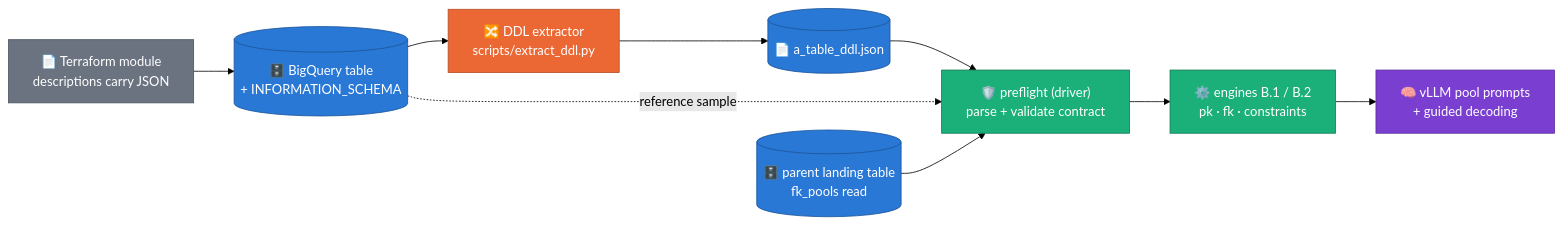
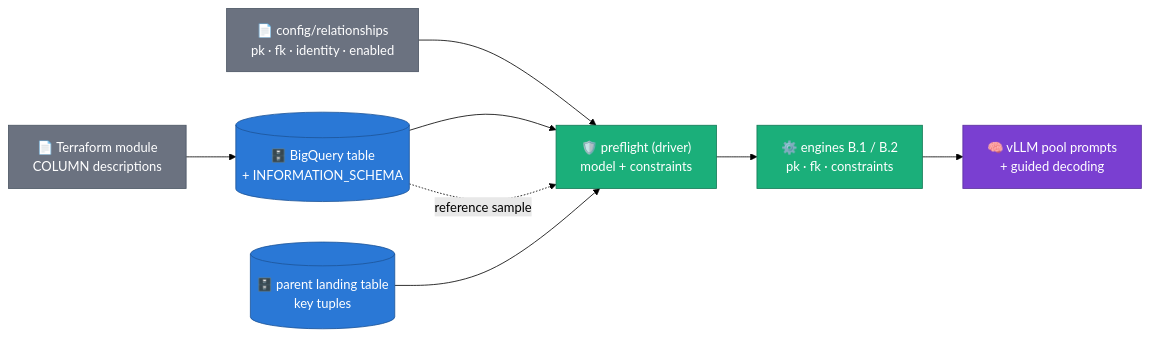
The first of 2 diagrams in docs/DDL_CONTRACT_GUIDE.md (albertols/synthetic-llm-dataflow-bigquery), drawn with Mermaid (forest theme) before and after one commit. The commit also changed other lines of this file and 55 other files, not shown here.

````diff
--- a/docs/DDL_CONTRACT_GUIDE.md
+++ b/docs/DDL_CONTRACT_GUIDE.md
@@ -33,21 +45,21 @@
 ```mermaid
 flowchart LR
     classDef beam  fill:#eb6834,color:#fff,stroke:#b44f26
     classDef cpu   fill:#1baf7a,color:#fff,stroke:#127a55
     classDef gpu   fill:#7a3fd1,color:#fff,stroke:#5a2f9d
     classDef store fill:#2a78d6,color:#fff,stroke:#1d5599
     classDef data  fill:#6b7280,color:#fff,stroke:#4b5563
 
-    TF["📄 Terraform module<br/>descriptions carry JSON"]:::data
+    REL["📄 config/relationships<br/>pk · fk · identity · enabled"]:::data
+    TF["📄 Terraform module<br/>COLUMN descriptions"]:::data
     BQ[("🗄️ BigQuery table<br/>+ INFORMATION_SCHEMA")]:::store
-    EX["🔀 DDL extractor<br/>scripts/extract_ddl.py"]:::beam
-    DDL[("📄 a_table_ddl.json")]:::store
-    PF["🛡️ preflight (driver)<br/>parse + validate contract"]:::cpu
-    FK[("🗄️ parent landing table<br/>fk_pools read")]:::store
+    PF["🛡️ preflight (driver)<br/>model + constraints"]:::cpu
+    FK[("🗄️ parent landing table<br/>key tuples")]:::store
     ENG["⚙️ engines B.1 / B.2<br/>pk · fk · constraints"]:::cpu
     LLM["🧠 vLLM pool prompts<br/>+ guided decoding"]:::gpu
 
-    TF --> BQ --> EX --> DDL --> PF --> ENG --> LLM
+    TF --> BQ --> PF --> ENG --> LLM
+    REL --> PF
     BQ -. reference sample .-> PF
     FK --> PF
 ```
````
